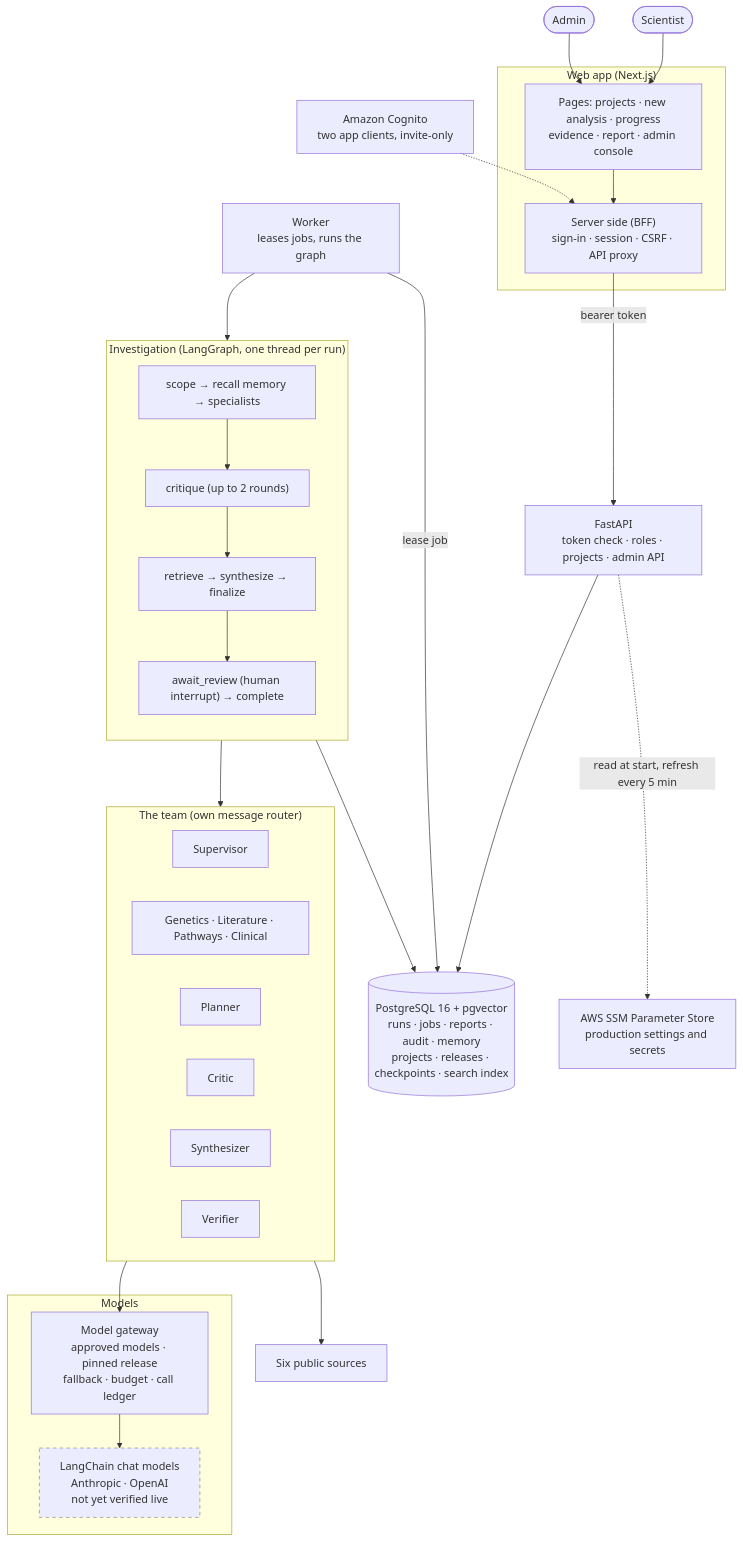
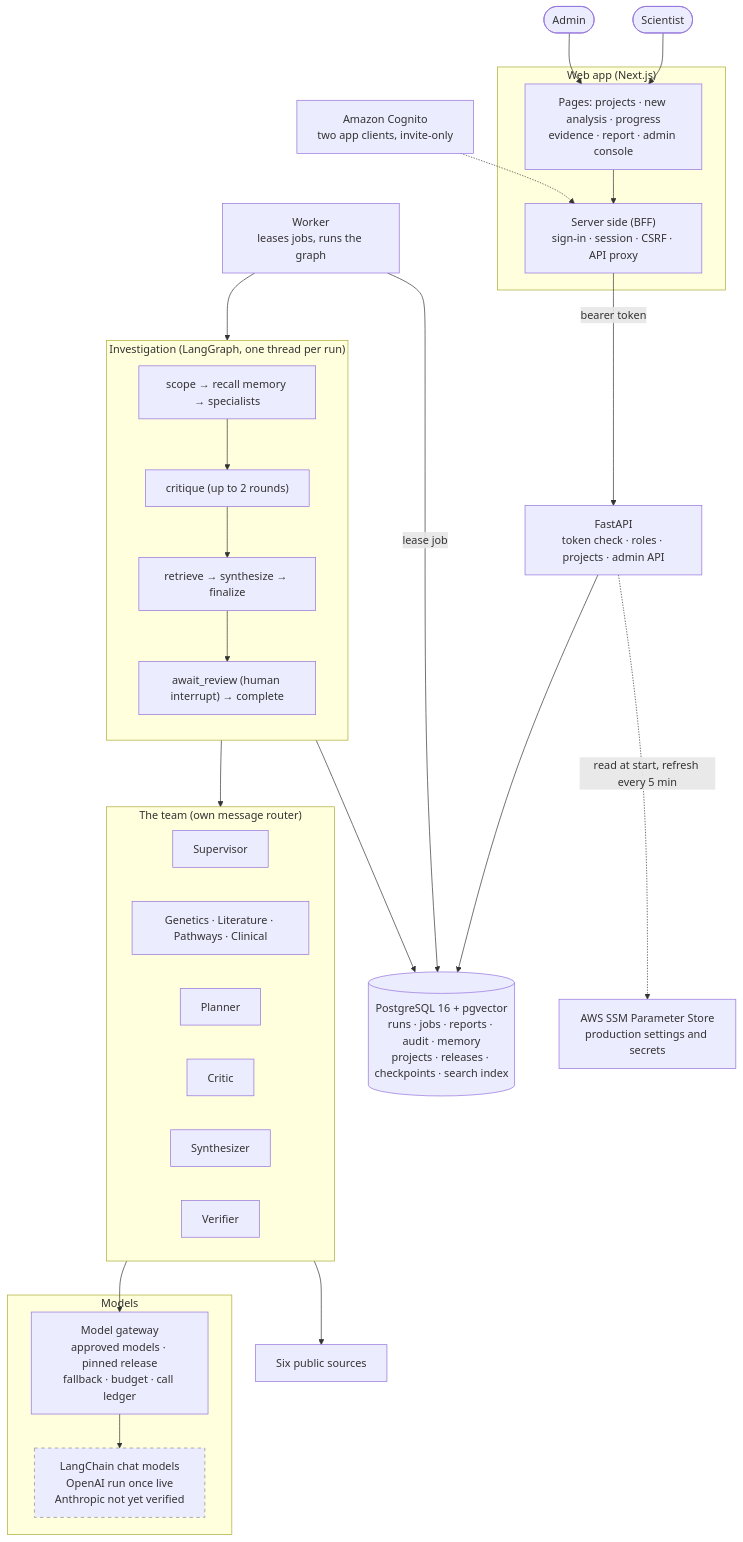
One commit to Tevaalgorithms/BioNexus-AI changed the first of 3 diagrams in README.md. Above: the diagram before and after it, drawn with Mermaid. The commit also changed other lines of this file and 1 other file, not shown here.

````diff
--- a/README.md
+++ b/README.md
@@ -40,54 +39,54 @@
 ```mermaid
 graph TB
     SCI(["Scientist"])
     ADM(["Admin"])
 
     subgraph CLIENTS["Web app (Next.js)"]
         WEB["Pages: projects · new analysis · progress<br/>evidence · report · admin console"]
         BFF["Server side (BFF)<br/>sign-in · session · CSRF · API proxy"]
     end
 
     COG["Amazon Cognito<br/>two app clients, invite-only"]
     API["FastAPI<br/>token check · roles · projects · admin API"]
     WORKER["Worker<br/>leases jobs, runs the graph"]
 
     subgraph FLOW["Investigation (LangGraph, one thread per run)"]
         direction TB
         G1["scope → recall memory → specialists"] --> G2["critique (up to 2 rounds)"] --> G3["retrieve → synthesize → finalize"] --> G4["await_review (human interrupt) → complete"]
     end
 
     subgraph AGENTS["The team (own message router)"]
         SUP["Supervisor"]
         SPEC["Genetics · Literature · Pathways · Clinical"]
         PLAN["Planner"]
         CRIT["Critic"]
         SYN["Synthesizer"]
         VER["Verifier"]
     end
 
     SQL[("PostgreSQL 16 + pgvector<br/>runs · jobs · reports · audit · memory<br/>projects · releases · checkpoints · search index")]
 
     subgraph MODELS["Models"]
         GW["Model gateway<br/>approved models · pinned release<br/>fallback · budget · call ledger"]
-        LC["LangChain chat models<br/>Anthropic · OpenAI<br/>not yet verified live"]:::planned
+        LC["LangChain chat models<br/>OpenAI run once live<br/>Anthropic not yet verified"]:::planned
     end
 
     SRC["Six public sources"]
     SSM["AWS SSM Parameter Store<br/>production settings and secrets"]
 
     SCI --> WEB
     ADM --> WEB
     WEB --> BFF
     BFF -- "bearer token" --> API
     COG -.-> BFF
     API --> SQL
     WORKER -- "lease job" --> SQL
     WORKER --> FLOW
     FLOW --> AGENTS
     AGENTS --> SRC
     AGENTS --> GW
     GW --> LC
     FLOW --> SQL
     API -. "read at start, refresh every 5 min" .-> SSM
     classDef planned stroke-dasharray: 5 5,stroke:#888
 ```
````
